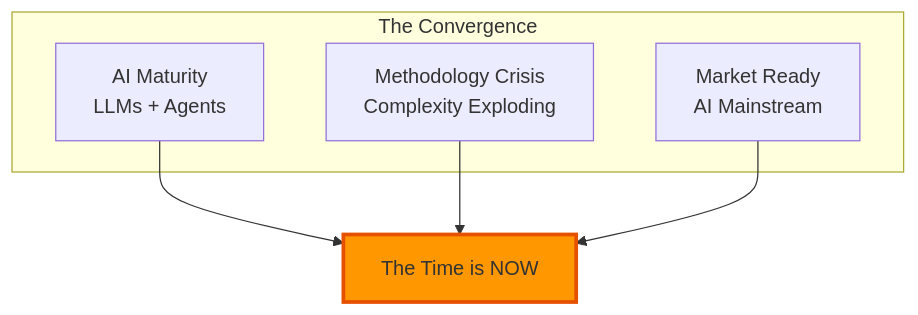
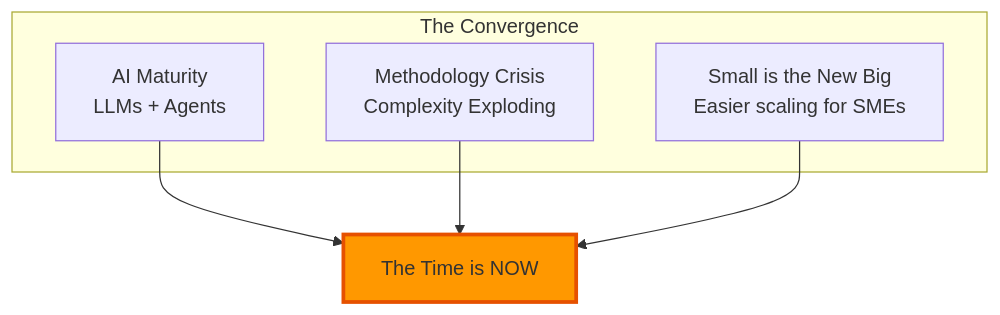
Before and after one commit to sdh07/ClaudeProjects2: the first of 4 diagrams in docs/architecture/01-product-vision/README.md, drawn with Mermaid. The commit also changed other lines of this file, not shown here.

Commit message:
README.md aktualisieren

````diff
--- a/docs/architecture/01-product-vision/README.md
+++ b/docs/architecture/01-product-vision/README.md
@@ -28,12 +28,12 @@
 ```mermaid
 graph TB
     subgraph "The Convergence"
         A[AI Maturity<br/>LLMs + Agents] 
         B[Methodology Crisis<br/>Complexity Exploding]
-        C[Market Ready<br/>AI Mainstream]
+        C[Small is the New Big<br/>Easier scaling for SMEs]
     end
     
     A & B & C --> D[The Time is NOW]
     
     style D fill:#ff9800,stroke:#e65100,stroke-width:3px
 ```
````
